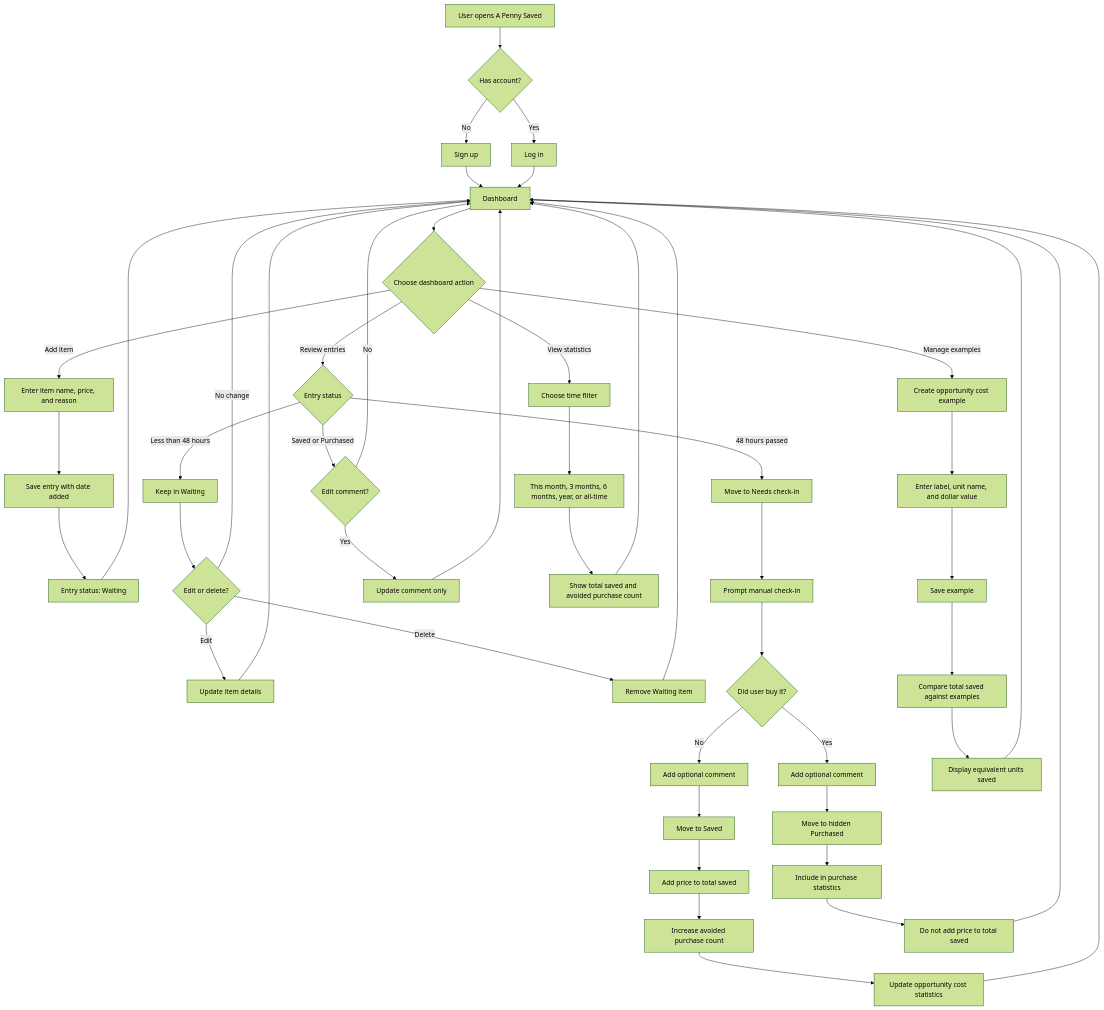
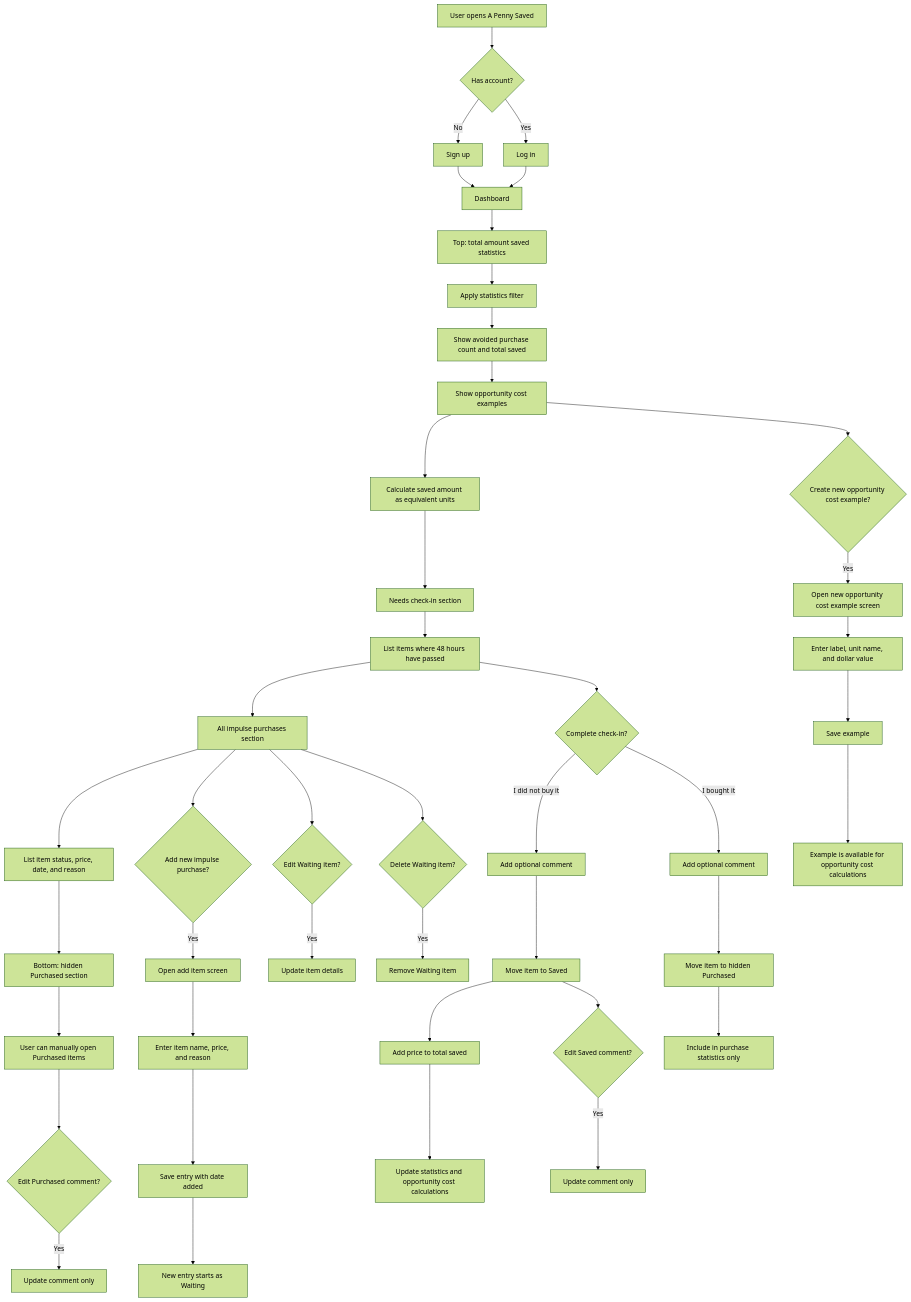
The diagram in planning/FLOW-001-functional-flowcharts.md (angelah9178/penny-saved), drawn with Mermaid (forest theme) before and after one commit. The commit also changed 1 other file, not shown here.

Commit message:
Made flowcharts progress linearly

````diff
--- a/planning/FLOW-001-functional-flowcharts.md
+++ b/planning/FLOW-001-functional-flowcharts.md
@@ -5,56 +5,50 @@
 ```mermaid
 flowchart TD
     A[User opens A Penny Saved] --> B{Has account?}
     B -- No --> C[Sign up]
     B -- Yes --> D[Log in]
     C --> E[Dashboard]
     D --> E
 
-    E --> F{Choose dashboard action}
+    E --> F[Top: total amount saved statistics]
+    F --> G[Apply statistics filter]
+    G --> H[Show avoided purchase count and total saved]
+    H --> I[Show opportunity cost examples]
+    I --> J[Calculate saved amount as equivalent units]
+    J --> K[Needs check-in section]
+    K --> L[List items where 48 hours have passed]
+    L --> M[All impulse purchases section]
+    M --> N[List item status, price, date, and reason]
+    N --> O[Bottom: hidden Purchased section]
+    O --> P[User can manually open Purchased items]
 
-    F -- Add item --> G[Enter item name, price, and reason]
-    G --> H[Save entry with date added]
-    H --> I[Entry status: Waiting]
-    I --> E
+    I --> Q{Create new opportunity cost example?}
+    Q -- Yes --> R[Open new opportunity cost example screen]
+    R --> S[Enter label, unit name, and dollar value]
+    S --> T[Save example]
+    T --> U[Example is available for opportunity cost calculations]
 
-    F -- Review entries --> J{Entry status}
-    J -- Less than 48 hours --> K[Keep in Waiting]
-    K --> L{Edit or delete?}
-    L -- Edit --> M[Update item details]
-    L -- Delete --> N[Remove Waiting item]
-    L -- No change --> E
-    M --> E
-    N --> E
+    L --> V{Complete check-in?}
+    V -- I did not buy it --> W[Add optional comment]
+    W --> X[Move item to Saved]
+    X --> Y[Add price to total saved]
+    Y --> Z[Update statistics and opportunity cost calculations]
+    V -- I bought it --> AA[Add optional comment]
+    AA --> AB[Move item to hidden Purchased]
+    AB --> AC[Include in purchase statistics only]
 
-    J -- 48 hours passed --> O[Move to Needs check-in]
-    O --> P[Prompt manual check-in]
-    P --> Q{Did user buy it?}
-    Q -- No --> R[Add optional comment]
-    R --> S[Move to Saved]
-    S --> T[Add price to total saved]
-    T --> U[Increase avoided purchase count]
-    U --> V[Update opportunity cost statistics]
-    V --> E
-    Q -- Yes --> W[Add optional comment]
-    W --> X[Move to hidden Purchased]
-    X --> Y[Include in purchase statistics]
-    Y --> Z[Do not add price to total saved]
-    Z --> E
+    M --> AD{Add new impulse purchase?}
+    AD -- Yes --> AE[Open add item screen]
+    AE --> AF[Enter item name, price, and reason]
+    AF --> AG[Save entry with date added]
+    AG --> AH[New entry starts as Waiting]
 
-    J -- Saved or Purchased --> AA{Edit comment?}
-    AA -- Yes --> AB[Update comment only]
-    AA -- No --> E
-    AB --> E
-
-    F -- View statistics --> AC[Choose time filter]
-    AC --> AD[This month, 3 months, 6 months, year, or all-time]
-    AD --> AE[Show total saved and avoided purchase count]
-    AE --> E
-
-    F -- Manage examples --> AF[Create opportunity cost example]
-    AF --> AG[Enter label, unit name, and dollar value]
-    AG --> AH[Save example]
-    AH --> AI[Compare total saved against examples]
-    AI --> AJ[Display equivalent units saved]
-    AJ --> E
+    M --> AI{Edit Waiting item?}
+    AI -- Yes --> AJ[Update item details]
+    M --> AK{Delete Waiting item?}
+    AK -- Yes --> AL[Remove Waiting item]
+    X --> AM{Edit Saved comment?}
+    AM -- Yes --> AN[Update comment only]
+    P --> AO{Edit Purchased comment?}
+    AO -- Yes --> AP[Update comment only]
 ```
````
